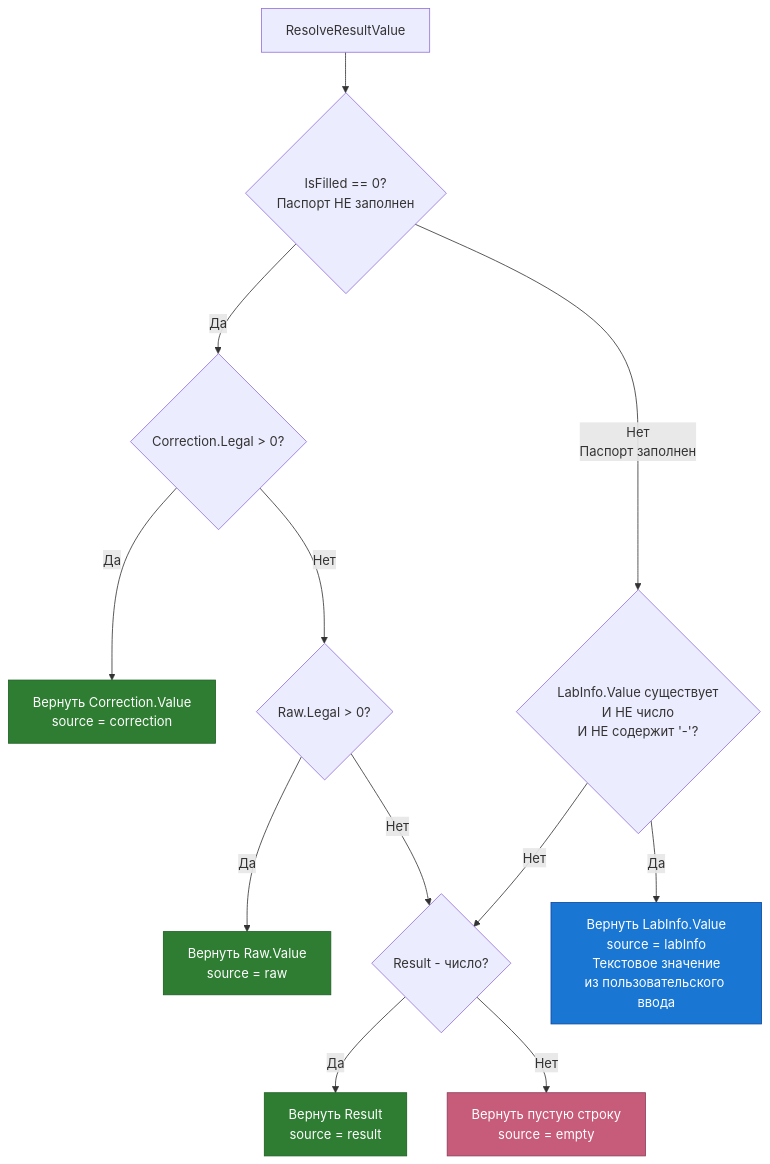
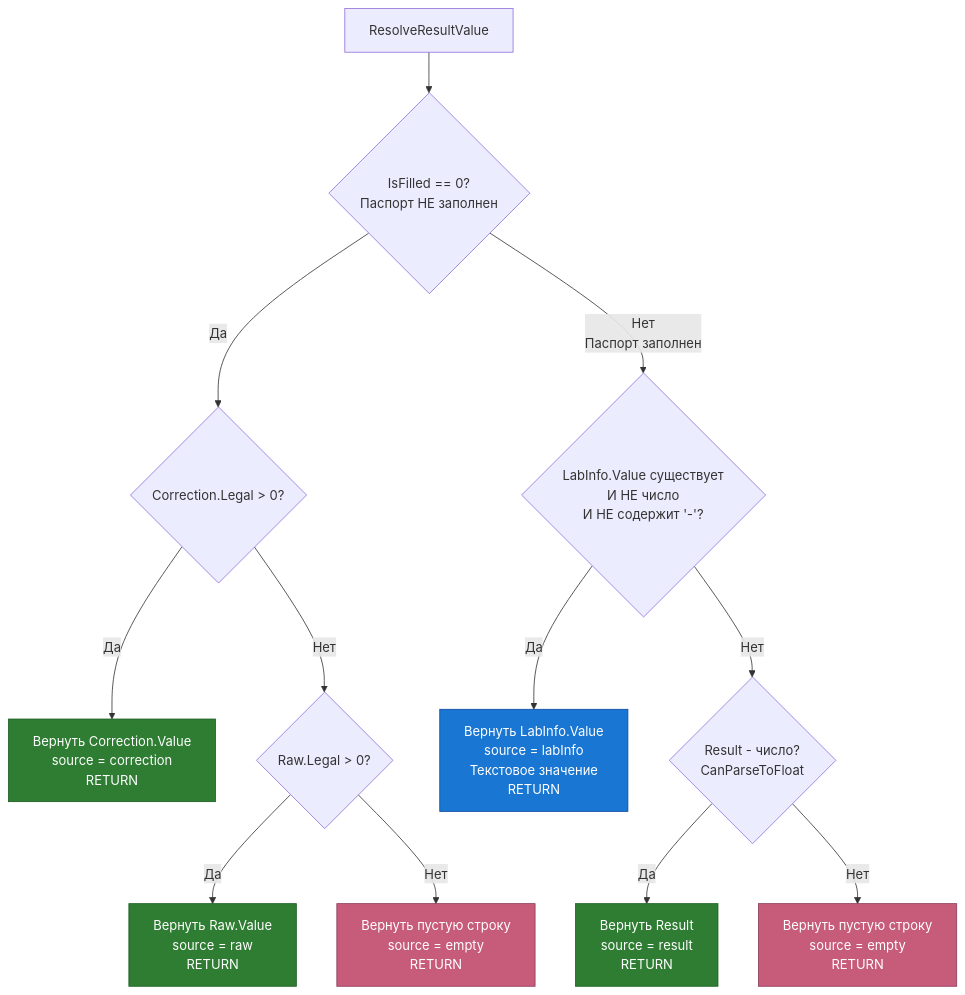
Before and after one commit to tn-ivk/tn-doc: the third of 5 diagrams in docs/architecture/passport-editor.md, drawn with Mermaid. The commit also changed other lines of this file, not shown here.

````diff
--- a/docs/architecture/passport-editor.md
+++ b/docs/architecture/passport-editor.md
@@ -377,24 +377,25 @@
 ```mermaid
 flowchart TD
     A[ResolveResultValue] --> B{IsFilled == 0?<br/>Паспорт НЕ заполнен}
 
     B -->|Да| C{Correction.Legal > 0?}
-    C -->|Да| C1[Вернуть Correction.Value<br/>source = correction]
+    C -->|Да| C1[Вернуть Correction.Value<br/>source = correction<br/>RETURN]
     C -->|Нет| D{Raw.Legal > 0?}
-    D -->|Да| D1[Вернуть Raw.Value<br/>source = raw]
-    D -->|Нет| G{Result - число?}
+    D -->|Да| D1[Вернуть Raw.Value<br/>source = raw<br/>RETURN]
+    D -->|Нет| E1[Вернуть пустую строку<br/>source = empty<br/>RETURN]
 
-    B -->|Нет<br/>Паспорт заполнен| E{LabInfo.Value существует<br/>И НЕ число<br/>И НЕ содержит '-'?}
+    B -->|Нет<br/>Паспорт заполнен| F{LabInfo.Value существует<br/>И НЕ число<br/>И НЕ содержит '-'?}
 
-    E -->|Да| E1[Вернуть LabInfo.Value<br/>source = labInfo<br/>Текстовое значение<br/>из пользовательского ввода]
-    E -->|Нет| G
+    F -->|Да| F1[Вернуть LabInfo.Value<br/>source = labInfo<br/>Текстовое значение<br/>RETURN]
+    F -->|Нет| G{Result - число?<br/>CanParseToFloat}
 
-    G -->|Да| G1[Вернуть Result<br/>source = result]
-    G -->|Нет| H[Вернуть пустую строку<br/>source = empty]
+    G -->|Да| G1[Вернуть Result<br/>source = result<br/>RETURN]
+    G -->|Нет| H[Вернуть пустую строку<br/>source = empty<br/>RETURN]
 
     style C1 fill:#2e7d32,stroke:#1b5e20,color:#fff
     style D1 fill:#2e7d32,stroke:#1b5e20,color:#fff
-    style E1 fill:#1976d2,stroke:#0d47a1,color:#fff
+    style E1 fill:#c75b7a,stroke:#8b3a5a,color:#fff
+    style F1 fill:#1976d2,stroke:#0d47a1,color:#fff
     style G1 fill:#2e7d32,stroke:#1b5e20,color:#fff
     style H fill:#c75b7a,stroke:#8b3a5a,color:#fff
 ```
````
